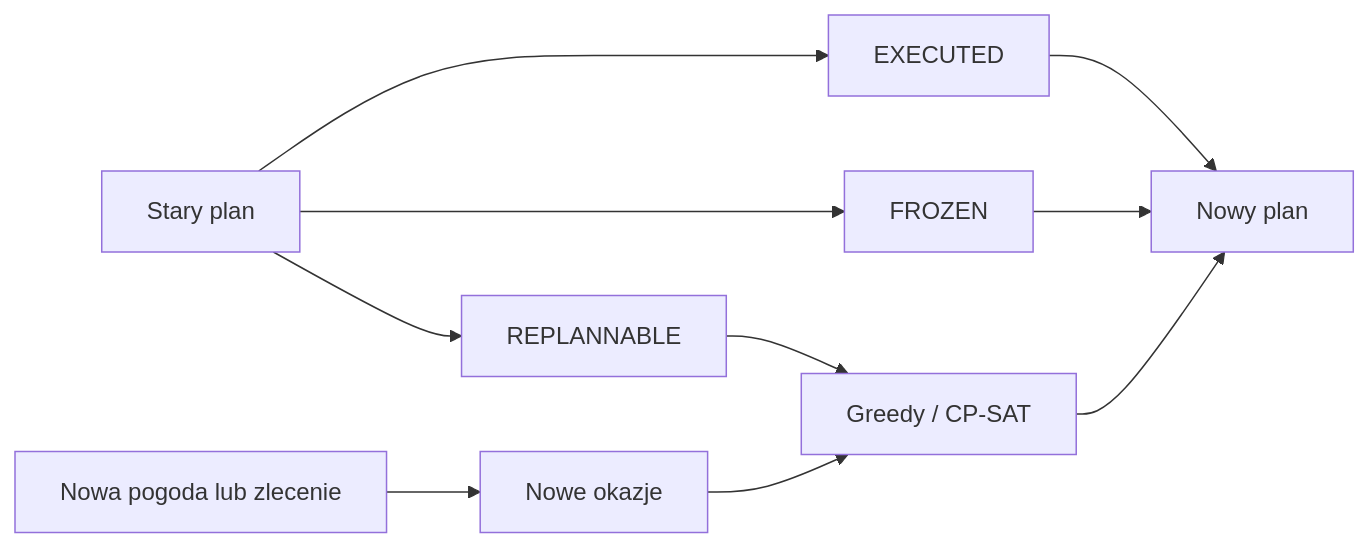
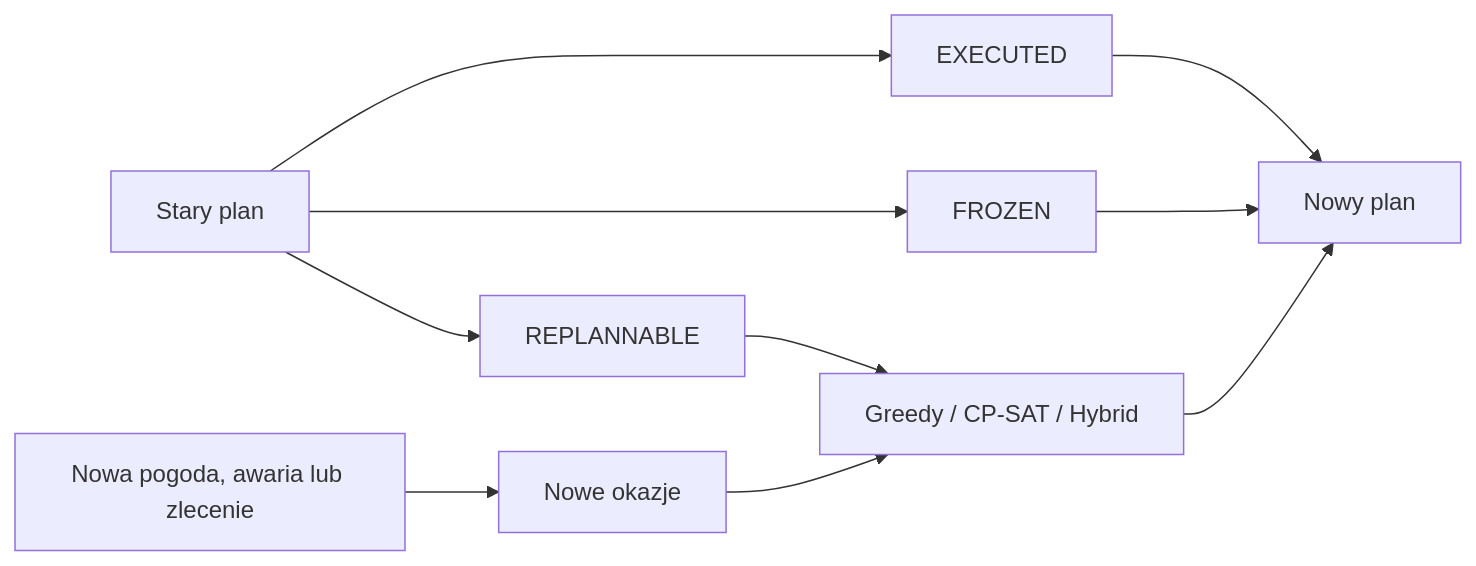
The second of 2 diagrams in docs/planning_model.md (matigeoman/satellite-acquisition-planner), drawn with Mermaid before and after one commit. The commit also changed other lines of this file and 63 other files, not shown here.

````diff
--- a/docs/planning_model.md
+++ b/docs/planning_model.md
@@ -75,12 +173,12 @@
 ```mermaid
 flowchart LR
     A[Stary plan] --> B[EXECUTED]
     A --> C[FROZEN]
     A --> D[REPLANNABLE]
-    E[Nowa pogoda lub zlecenie] --> F[Nowe okazje]
-    D --> G[Greedy / CP-SAT]
+    E[Nowa pogoda, awaria lub zlecenie] --> F[Nowe okazje]
+    D --> G[Greedy / CP-SAT / Hybrid]
     F --> G
     B --> H[Nowy plan]
     C --> H
     G --> H
 ```
````
